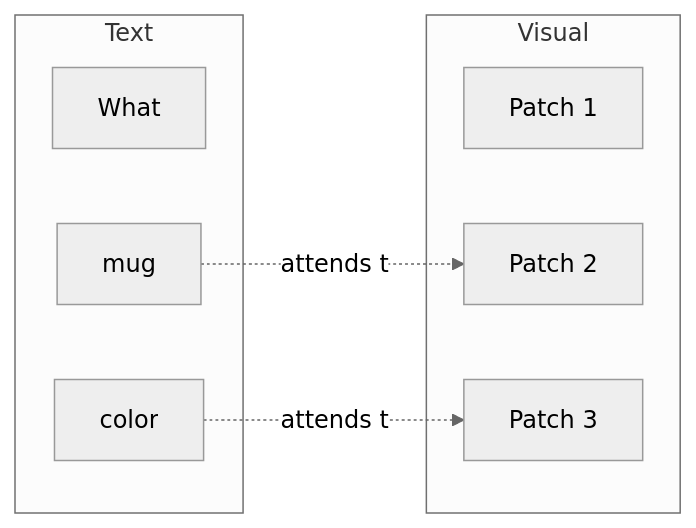
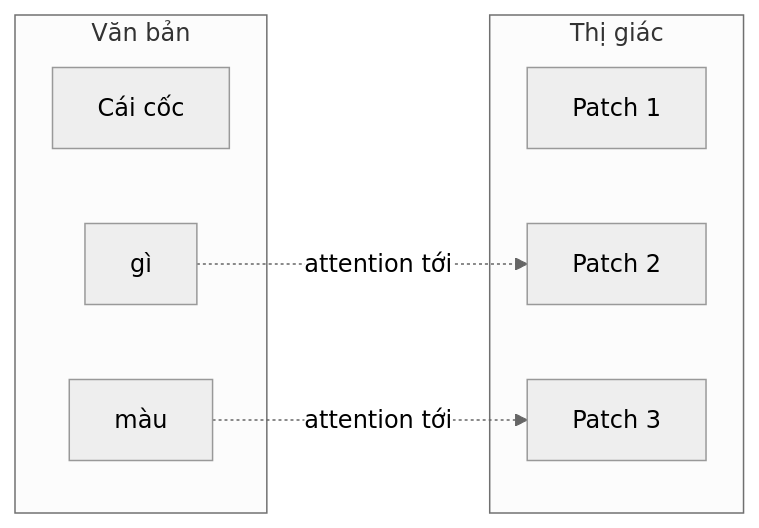
The sixth of 7 diagrams in docs/research_finding/01-gwen/broad_overview/LLM_VLM/llm_vlm_difference.md (cycler04/VinRobotics-VLA), drawn with Mermaid (neutral theme) before and after one commit. The commit also changed other lines of this file and 79 other files, not shown here.

````diff
--- a/docs/research_finding/01-gwen/broad_overview/LLM_VLM/llm_vlm_difference.md
+++ b/docs/research_finding/01-gwen/broad_overview/LLM_VLM/llm_vlm_difference.md
@@ -122,17 +122,17 @@
 ```mermaid
 flowchart LR
-    subgraph Visual
+    subgraph Visual[Thị giác]
         V1[Patch 1]
         V2[Patch 2]
         V3[Patch 3]
     end
 
-    subgraph Text
-        T1["What"]
-        T2["color"]
-        T3["mug"]
+    subgraph Text[Văn bản]
+        T1["Cái cốc"]
+        T2["màu"]
+        T3["gì"]
     end
 
-    T3 -.attends to.-> V2
-    T2 -.attends to.-> V3
+    T3 -.attention tới.-> V2
+    T2 -.attention tới.-> V3
 ```
````
